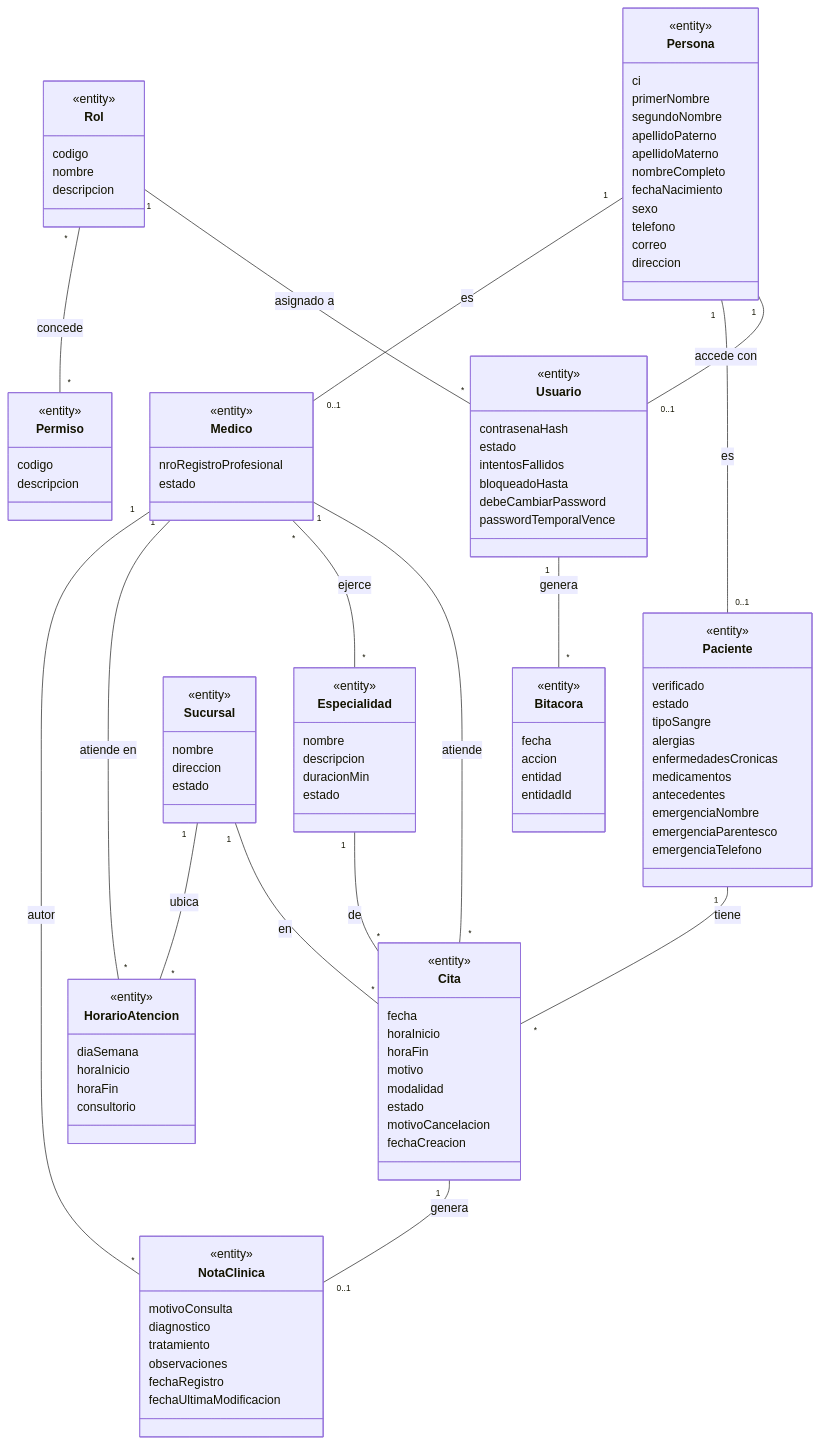
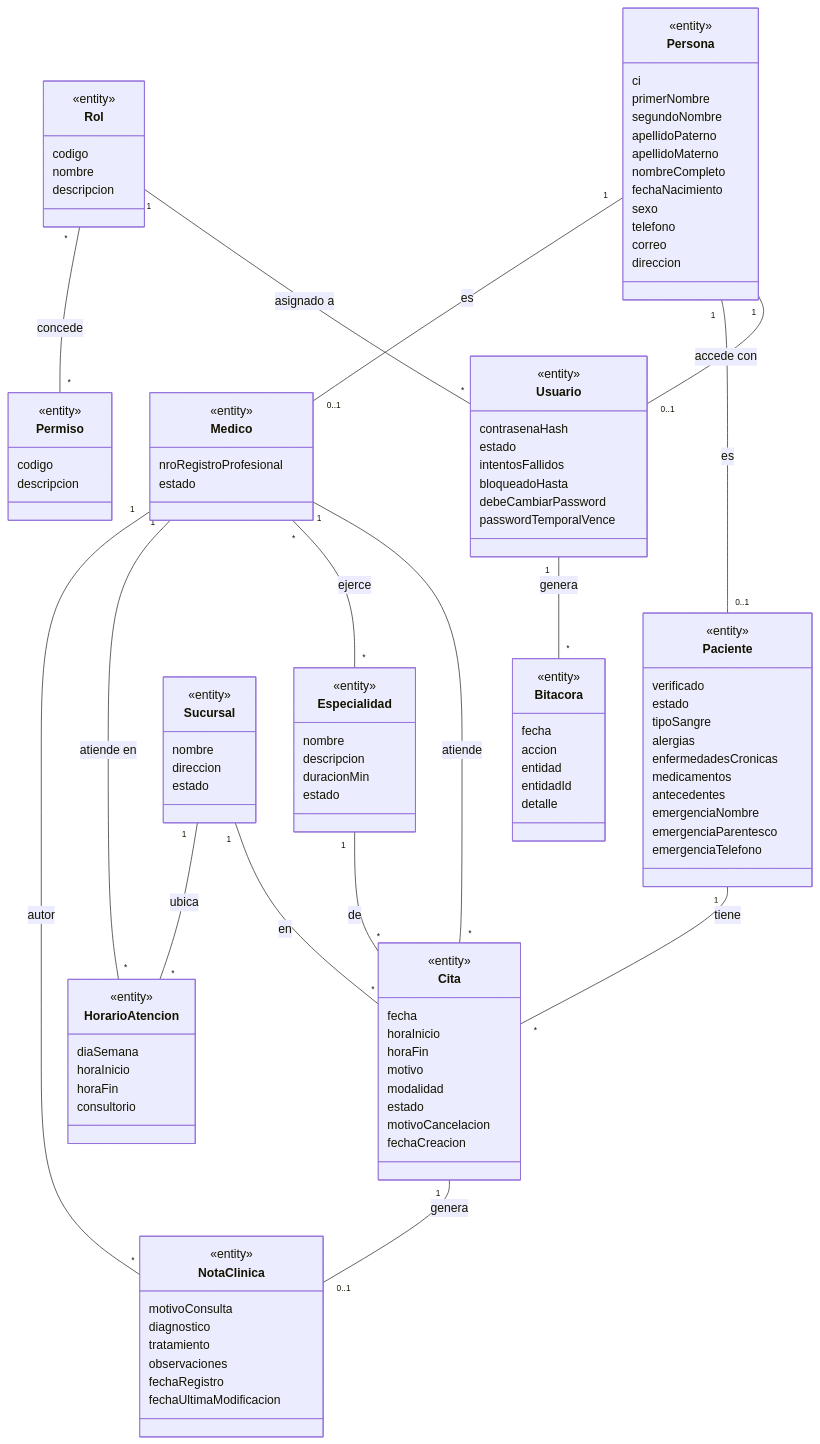
The fourth of 15 diagrams in documento/Informe-Final.md (Einarpd26/2do-examen-ing-requisitos), drawn with Mermaid before and after one commit. The commit also changed other lines of this file and 1 other file, not shown here.

Commit message:
docs: especificar CU-19 renovar contrasena temporal con su diagrama de secuencia y la recuperacion de emergencia

```diff
--- a/documento/Informe-Final.md
+++ b/documento/Informe-Final.md
@@ -695,6 +727,7 @@
         accion
         entidad
         entidadId
+        detalle
     }
 
     Persona "1" -- "0..1" Usuario : accede con
```
